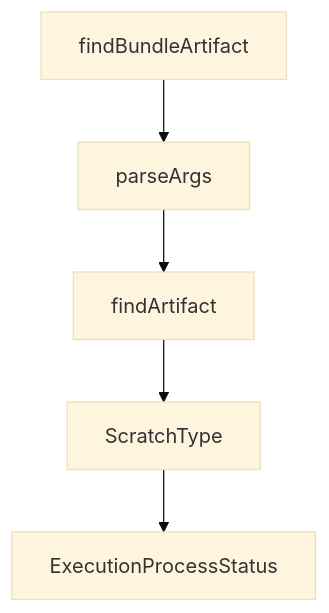
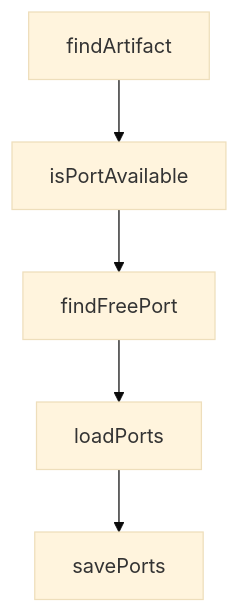
The diagram in tutorials/vibe-kanban-tutorial/03-multi-agent-execution-strategies.md (johnxie/awesome-code-docs), drawn with Mermaid (base theme) before and after one commit. The commit also changed other lines of this file and 1232 other files, not shown here.

````diff
--- a/tutorials/vibe-kanban-tutorial/03-multi-agent-execution-strategies.md
+++ b/tutorials/vibe-kanban-tutorial/03-multi-agent-execution-strategies.md
@@ -219,12 +217,12 @@
 ```mermaid
 flowchart TD
-    A[findBundleArtifact]
-    B[parseArgs]
-    C[findArtifact]
-    D[ScratchType]
-    E[ExecutionProcessStatus]
+    A[findArtifact]
+    B[isPortAvailable]
+    C[findFreePort]
+    D[loadPorts]
+    E[savePorts]
     A --> B
     B --> C
     C --> D
     D --> E
 ```
````
